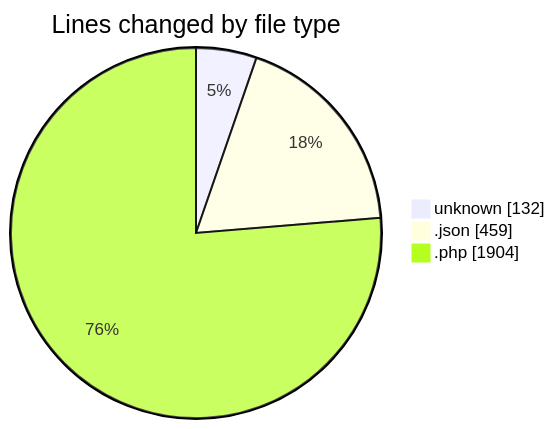
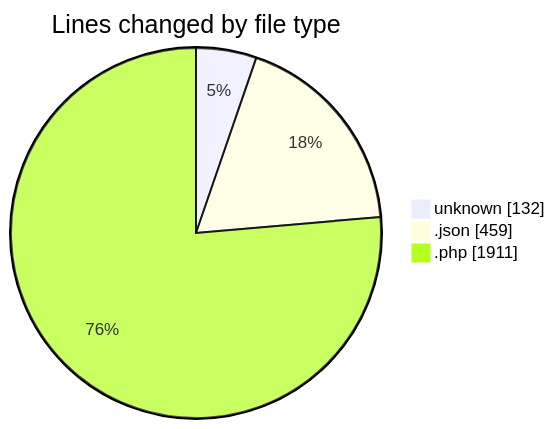
The first of 2 diagrams in 2025-03-26/autodidak/README.md (idhammustaqopulfikri/code-tracking), drawn with Mermaid before and after one commit. The commit also changed other lines of this file and 1 other file, not shown here.

````diff
--- a/2025-03-26/autodidak/README.md
+++ b/2025-03-26/autodidak/README.md
@@ -32,7 +32,7 @@
 ```mermaid
 pie showData
 title Lines changed by file type
 "unknown" : 132
 ".json" : 459
-".php" : 1904
+".php" : 1911
 ```
````
